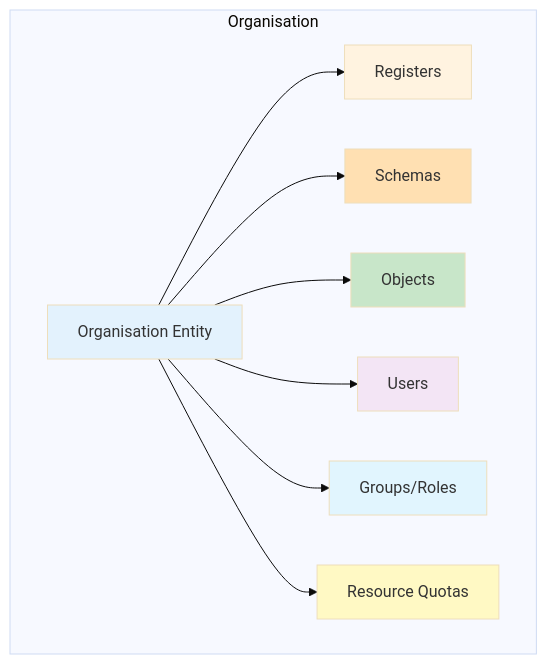
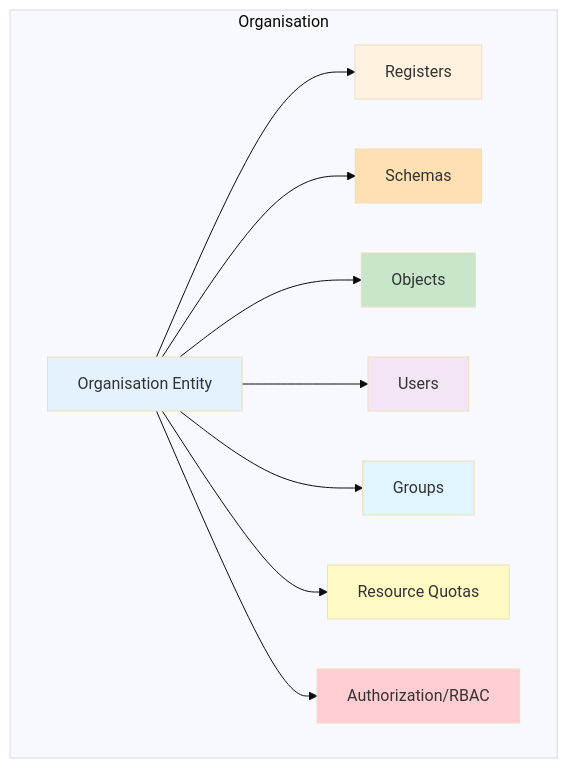
Before and after one commit to ConductionNL/openregister: the first of 3 diagrams in website/docs/Features/organisations.md, drawn with Mermaid (base theme). The commit also changed other lines of this file and 26 other files, not shown here.

````diff
--- a/website/docs/Features/organisations.md
+++ b/website/docs/Features/organisations.md
@@ -20,20 +20,22 @@
 ```mermaid
 graph TB
     subgraph Organisation
         A[Organisation Entity]
         A --> B[Registers]
         A --> C[Schemas]
         A --> D[Objects]
         A --> E[Users]
-        A --> F[Groups/Roles]
+        A --> F[Groups]
         A --> G[Resource Quotas]
+        A --> H[Authorization/RBAC]
     end
     
     style A fill:#e3f2fd
     style B fill:#fff3e0
     style C fill:#ffe0b2
     style D fill:#c8e6c9
     style E fill:#f3e5f5
     style F fill:#e1f5fe
     style G fill:#fff9c4
+    style H fill:#ffcdd2
 ```
````
